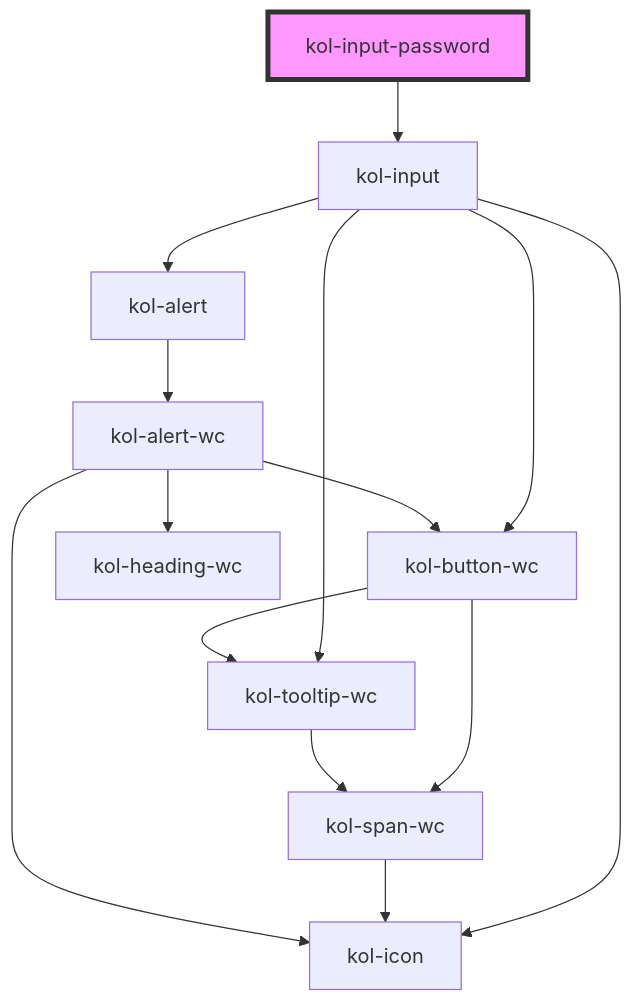
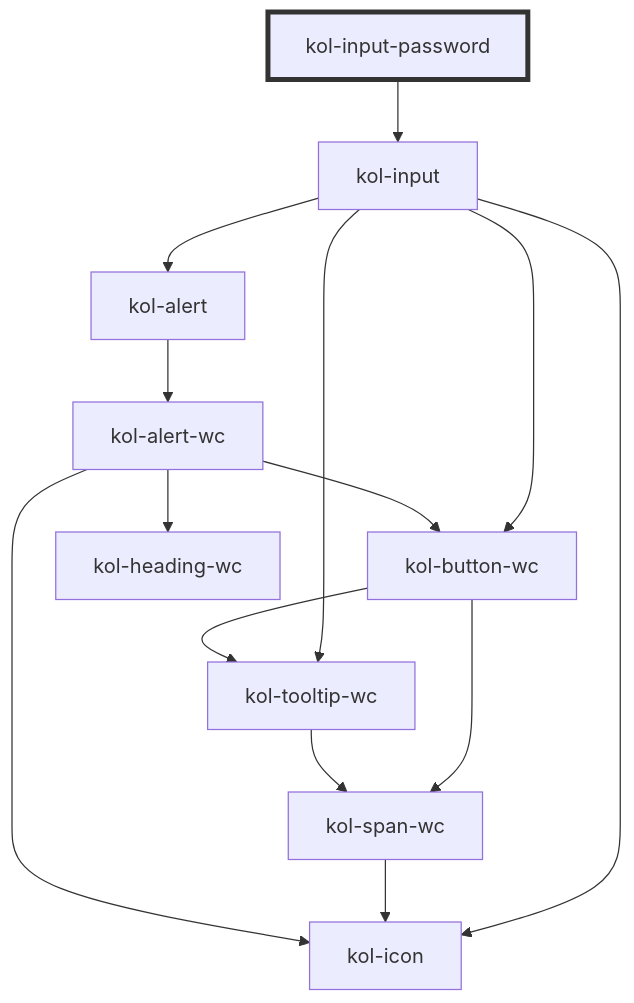
Before and after one commit to public-ui/kolibri: the diagram in packages/components/src/components/input-password/readme.md, drawn with Mermaid. The commit also changed 40 other files, not shown here.

````diff
--- a/packages/components/src/components/input-password/readme.md
+++ b/packages/components/src/components/input-password/readme.md
@@ -88,17 +88,17 @@
 ```mermaid
 graph TD;
   kol-input-password --> kol-input
   kol-input --> kol-icon
   kol-input --> kol-button-wc
   kol-input --> kol-tooltip-wc
   kol-input --> kol-alert
   kol-button-wc --> kol-span-wc
   kol-button-wc --> kol-tooltip-wc
   kol-span-wc --> kol-icon
   kol-tooltip-wc --> kol-span-wc
   kol-alert --> kol-alert-wc
   kol-alert-wc --> kol-heading-wc
   kol-alert-wc --> kol-button-wc
   kol-alert-wc --> kol-icon
-  style kol-input-password fill:#f9f,stroke:#333,stroke-width:4px
+  style kol-input-password stroke:#333,stroke-width:4px
 ```
````
